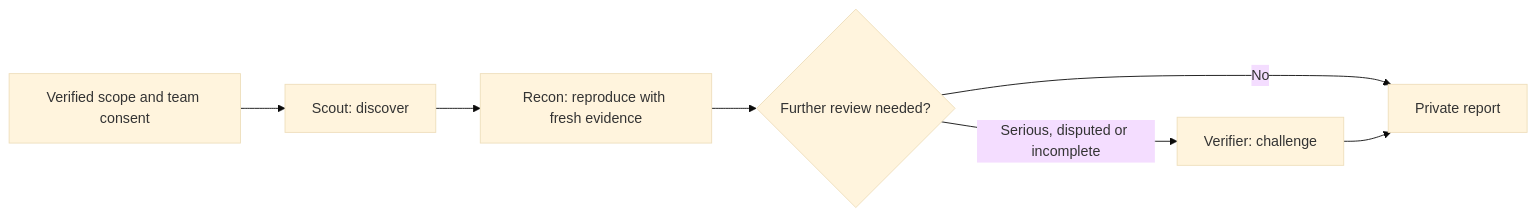
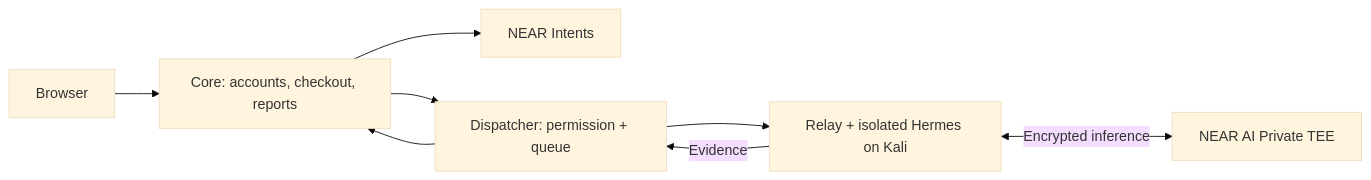
The second of 2 diagrams in README.md (adaki2004/patchriot-core), drawn with Mermaid (base theme) before and after one commit. The commit also changed other lines of this file and 7 other files, not shown here.

````diff
--- a/README.md
+++ b/README.md
@@ -94,9 +42,10 @@
 ```mermaid
 flowchart LR
-  S[Verified scope and team consent] --> I[Scout: discover]
-  I --> R[Recon: reproduce with fresh evidence]
-  R --> D{Further review needed?}
-  D -->|Serious, disputed or incomplete| V[Verifier: challenge]
-  D -->|No| P[Private report]
-  V --> P
+    B[Browser] --> C[Core: accounts, checkout, reports]
+    C --> I[NEAR Intents]
+    C --> D[Dispatcher: permission + queue]
+    D --> R[Relay + isolated Hermes on Kali]
+    R <-->|Encrypted inference| N[NEAR AI Private TEE]
+    R -->|Evidence| D
+    D --> C
 ```
````
